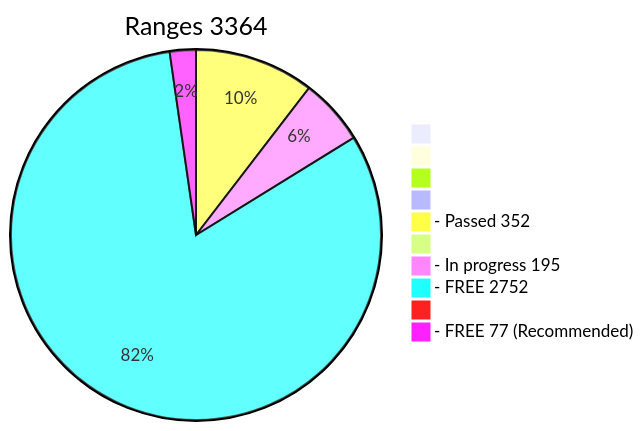
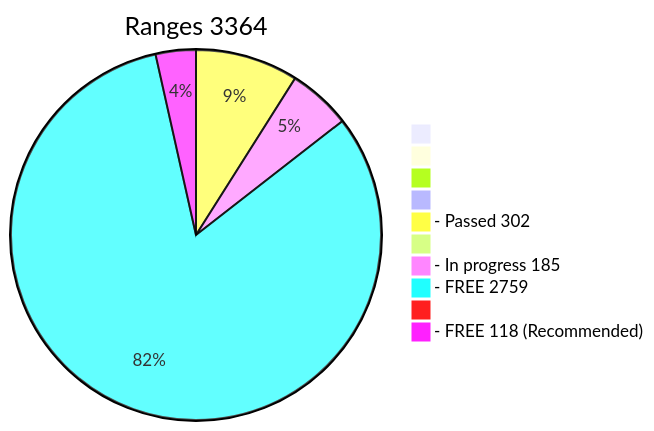
Before and after one commit to phrutis/wif500: the diagram in x64/Release/table.md, drawn with Mermaid.

````diff
--- a/x64/Release/table.md
+++ b/x64/Release/table.md
@@ -2,13 +2,13 @@
 ```mermaid
 pie title Ranges 3364
   " " : 0
   "  " : 0
   "   " : 0
   "    " : 0
-  "- Passed 352" : 352
+  "- Passed 302" : 302
   "     " : 0
-  "- In progress 195" : 195
-  "- FREE 2752" : 2752
+  "- In progress 185" : 185
+  "- FREE 2759" : 2759
   "      " : 0
-  "- FREE 77 (Recommended)" : 77
+  "- FREE 118 (Recommended)" : 118
 ```
````
